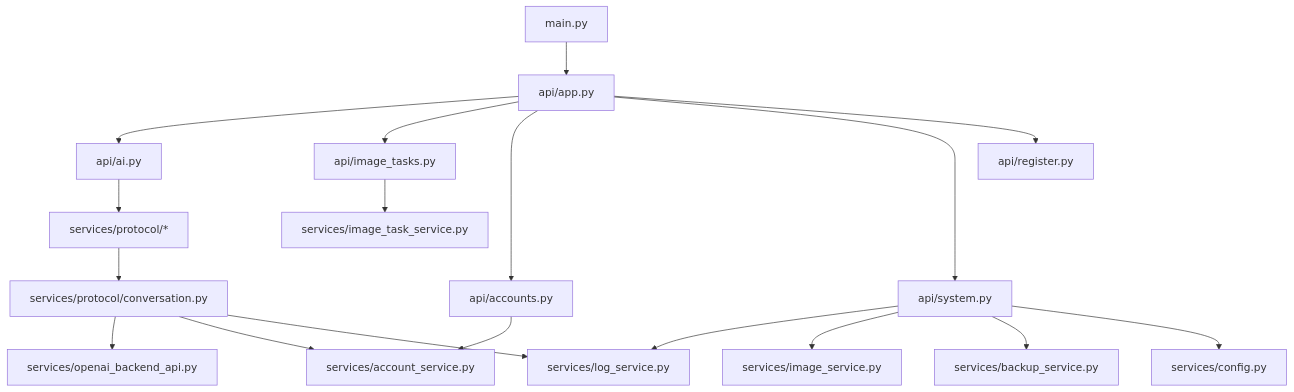
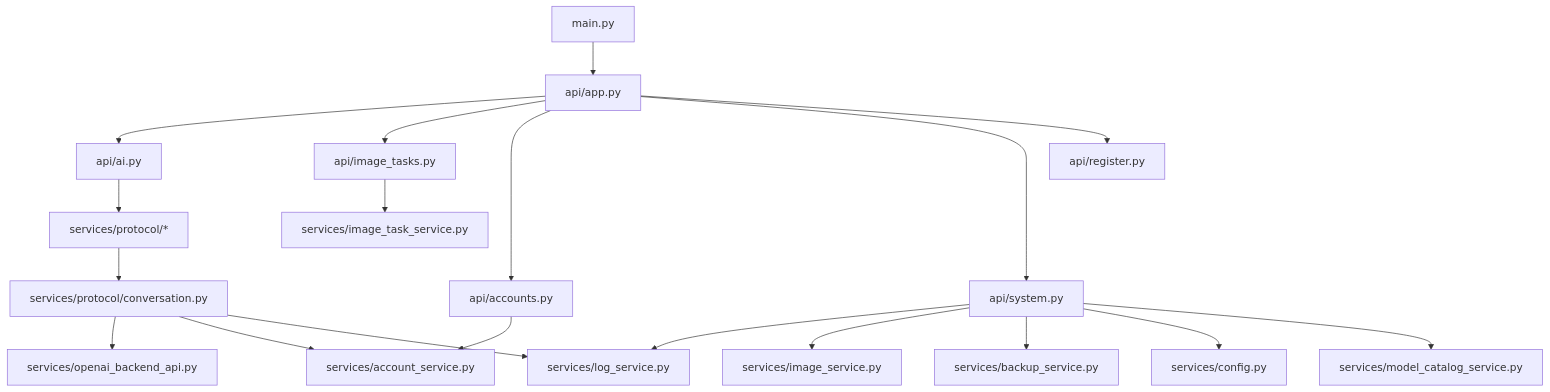
Before and after one commit to tootoai/chatgpt2api: the diagram in docs/backend-map.md, drawn with Mermaid. The commit also changed other lines of this file and 137 other files, not shown here.

````diff
--- a/docs/backend-map.md
+++ b/docs/backend-map.md
@@ -5,22 +5,23 @@
 ```mermaid
 flowchart TB
   Main["main.py"] --> App["api/app.py"]
   App --> AI["api/ai.py"]
   App --> Tasks["api/image_tasks.py"]
   App --> Accounts["api/accounts.py"]
   App --> System["api/system.py"]
   App --> Register["api/register.py"]
 
   AI --> Protocol["services/protocol/*"]
   Tasks --> ImageTaskService["services/image_task_service.py"]
   Accounts --> AccountService["services/account_service.py"]
   System --> LogService["services/log_service.py"]
   System --> ImageService["services/image_service.py"]
   System --> BackupService["services/backup_service.py"]
   System --> Config["services/config.py"]
+  System --> ModelCatalogService["services/model_catalog_service.py"]
 
   Protocol --> Conversation["services/protocol/conversation.py"]
   Conversation --> Backend["services/openai_backend_api.py"]
   Conversation --> AccountService
   Conversation --> LogService
 ```
````
